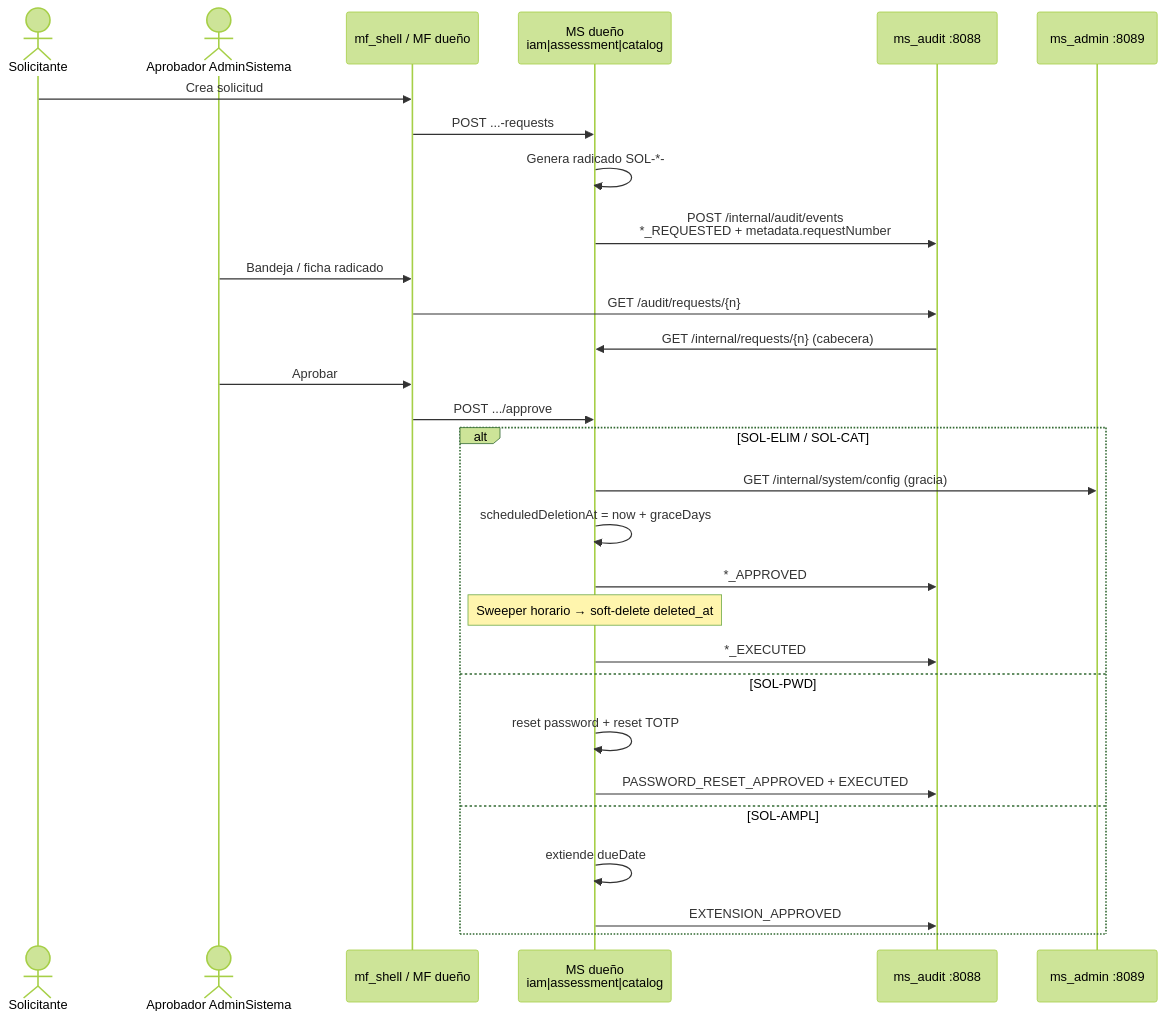
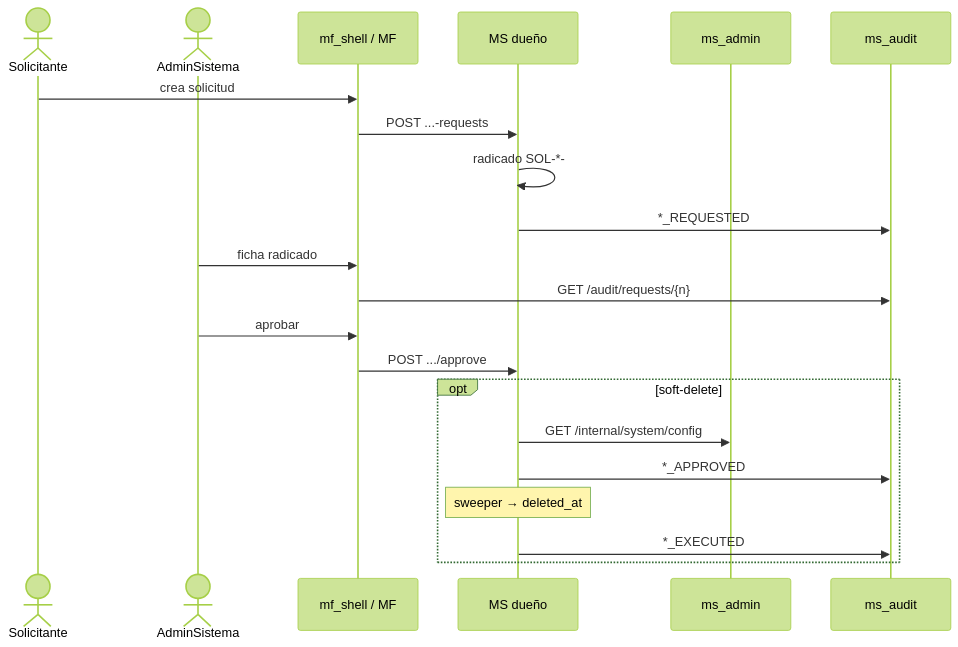
One commit to jdtovar07/MSPI_NVA_CO_DOCS changed the eighth of 10 diagrams in Documentacion-General/15-Diagramas-C4-y-Secuencias.md. Above: the diagram before and after it, drawn with Mermaid (forest theme). The commit also changed other lines of this file and 1 other file, not shown here.

First line of the commit message:
docs: expand C4, deployment, ER and key sequence diagrams

````diff
--- a/Documentacion-General/15-Diagramas-C4-y-Secuencias.md
+++ b/Documentacion-General/15-Diagramas-C4-y-Secuencias.md
@@ -176,32 +303,24 @@
 ```mermaid
 sequenceDiagram
     actor Sol as Solicitante
-    actor Apr as Aprobador AdminSistema
-    participant UI as mf_shell / MF dueño
-    participant Dom as MS dueño<br/>iam|assessment|catalog
-    participant AUD as ms_audit :8088
-    participant ADM as ms_admin :8089
+    actor Apr as AdminSistema
+    participant UI as mf_shell / MF
+    participant Dom as MS dueño
+    participant ADM as ms_admin
+    participant AUD as ms_audit
 
-    Sol->>UI: Crea solicitud
+    Sol->>UI: crea solicitud
     UI->>Dom: POST ...-requests
-    Dom->>Dom: Genera radicado SOL-*-######
-    Dom->>AUD: POST /internal/audit/events<br/>*_REQUESTED + metadata.requestNumber
-    Apr->>UI: Bandeja / ficha radicado
+    Dom->>Dom: radicado SOL-*-######
+    Dom->>AUD: *_REQUESTED
+    Apr->>UI: ficha radicado
     UI->>AUD: GET /audit/requests/{n}
-    AUD->>Dom: GET /internal/requests/{n} (cabecera)
-    Apr->>UI: Aprobar
+    Apr->>UI: aprobar
     UI->>Dom: POST .../approve
-    alt SOL-ELIM / SOL-CAT
-        Dom->>ADM: GET /internal/system/config (gracia)
-        Dom->>Dom: scheduledDeletionAt = now + graceDays
+    opt soft-delete
+        Dom->>ADM: GET /internal/system/config
         Dom->>AUD: *_APPROVED
-        Note over Dom: Sweeper horario → soft-delete deleted_at
+        Note over Dom: sweeper → deleted_at
         Dom->>AUD: *_EXECUTED
-    else SOL-PWD
-        Dom->>Dom: reset password + reset TOTP
-        Dom->>AUD: PASSWORD_RESET_APPROVED + EXECUTED
-    else SOL-AMPL
-        Dom->>Dom: extiende dueDate
-        Dom->>AUD: EXTENSION_APPROVED
     end
 ```
````
